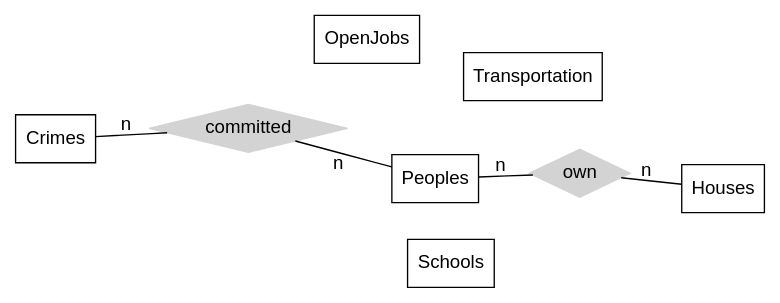
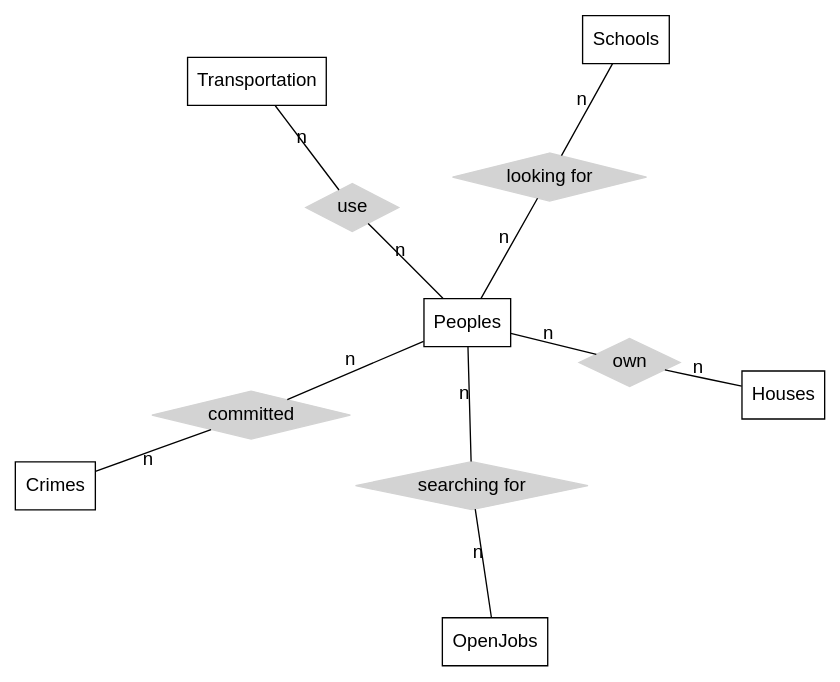
One commit to cmsc-vcu/cmsc508-fa2023-prj-VA_better_placegroup39 changed the diagram in reports/ChenDiagram.qmd. Above: the diagram before and after it, drawn with Graphviz. The commit also changed 3 other files, not shown here.

````diff
--- a/reports/ChenDiagram.qmd
+++ b/reports/ChenDiagram.qmd
@@ -1,19 +1,27 @@
 ```{dot}
 //| echo: false
 graph ER {
     fontname="Helvetica,Arial,sans-serif"
     node [fontname="Helvetica,Arial,sans-serif"]
     edge [fontname="Helvetica,Arial,sans-serif"]
     layout=neato
     node [shape=box]; Crimes; Houses; OpenJobs; Peoples; Schools; Transportation;
     node [shape=diamond,style=filled,color=lightgrey]; "committed"; "own";
 
     Peoples -- "committed" [label="n",len=2.00];
     "committed" -- Crimes [label="n",len=2.00];
 
     Peoples -- "own"[label="n",len=1.50];
     "own" -- Houses [label="n",len=1.50];
     
+    Peoples -- "use"[label="n",len=1.50];
+    "use" -- Transportation [label="n",len=1.50];
+
+    Peoples -- "searching for"[label="n",len=1.50];
+    "searching for" -- OpenJobs [label="n",len=1.50];
+
+    Peoples -- "looking for"[label="n",len=1.50];
+    "looking for" -- Schools [label="n",len=1.50];
     fontsize=20;
 }
 ``` 
````
